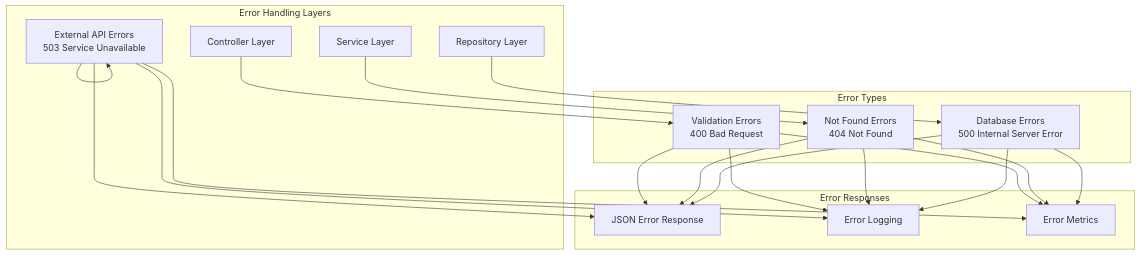
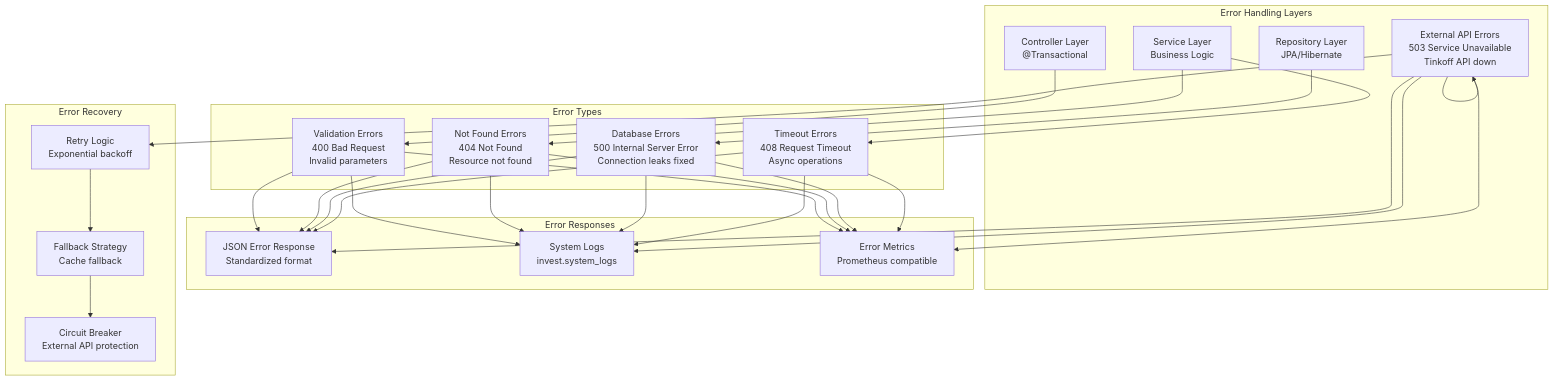
Before and after one commit to Vasilek1993111/InvestmentDataLoaderService: the fifth of 8 diagrams in docs/diagrams/architecture.md, drawn with Mermaid. The commit also changed other lines of this file and 19 other files, not shown here.

````diff
--- a/docs/diagrams/architecture.md
+++ b/docs/diagrams/architecture.md
@@ -238,42 +329,57 @@
 ```mermaid
 graph TB
   subgraph "Error Handling Layers"
-    Controller[Controller Layer]
-    Service[Service Layer]
-    Repository[Repository Layer]
-    External[External API Layer]
+    Controller[Controller Layer<br/>@Transactional]
+    Service[Service Layer<br/>Business Logic]
+    Repository[Repository Layer<br/>JPA/Hibernate]
+    External[External API Layer<br/>Tinkoff API]
   end
   
   subgraph "Error Types"
-    Validation[Validation Errors<br/>400 Bad Request]
-    NotFound[Not Found Errors<br/>404 Not Found]
-    External[External API Errors<br/>503 Service Unavailable]
-    Database[Database Errors<br/>500 Internal Server Error]
+    Validation[Validation Errors<br/>400 Bad Request<br/>Invalid parameters]
+    NotFound[Not Found Errors<br/>404 Not Found<br/>Resource not found]
+    External[External API Errors<br/>503 Service Unavailable<br/>Tinkoff API down]
+    Database[Database Errors<br/>500 Internal Server Error<br/>Connection leaks fixed]
+    Timeout[Timeout Errors<br/>408 Request Timeout<br/>Async operations]
   end
   
   subgraph "Error Responses"
-    JSON[JSON Error Response]
-    Logs[Error Logging]
-    Metrics[Error Metrics]
+    JSON[JSON Error Response<br/>Standardized format]
+    Logs[System Logs<br/>invest.system_logs]
+    Metrics[Error Metrics<br/>Prometheus compatible]
+  end
+  
+  subgraph "Error Recovery"
+    Retry[Retry Logic<br/>Exponential backoff]
+    Fallback[Fallback Strategy<br/>Cache fallback]
+    Circuit[Circuit Breaker<br/>External API protection]
   end
   
   Controller --> Validation
   Service --> NotFound
   Repository --> Database
   External --> External
+  Service --> Timeout
   
   Validation --> JSON
   NotFound --> JSON
   Database --> JSON
   External --> JSON
+  Timeout --> JSON
   
   Validation --> Logs
   NotFound --> Logs
   Database --> Logs
   External --> Logs
+  Timeout --> Logs
   
   Validation --> Metrics
   NotFound --> Metrics
   Database --> Metrics
   External --> Metrics
+  Timeout --> Metrics
+  
+  External --> Retry
+  Retry --> Fallback
+  Fallback --> Circuit
 ```
````
